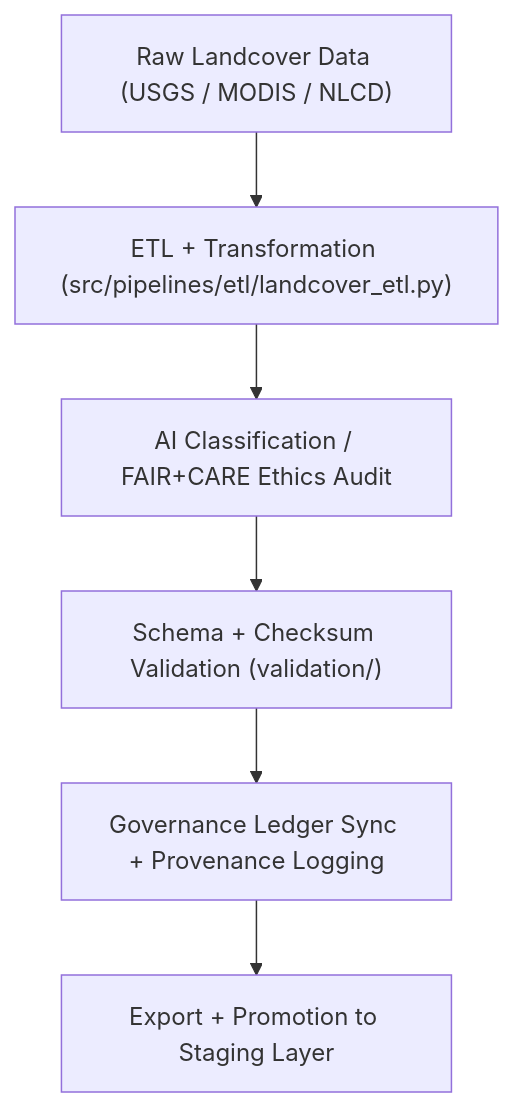
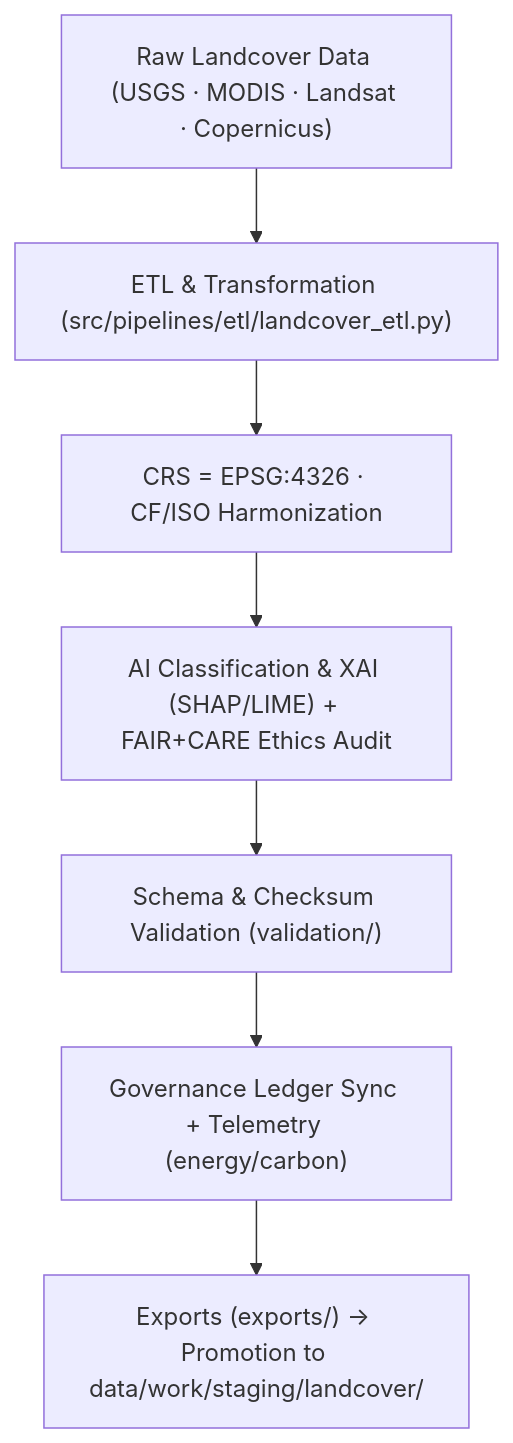
One commit to bartytime4life/Kansas-Frontier-Matrix changed the diagram in data/work/tmp/landcover/README.md. Above: the diagram before and after it, drawn with Mermaid. The commit also changed other lines of this file, not shown here.

````diff
--- a/data/work/tmp/landcover/README.md
+++ b/data/work/tmp/landcover/README.md
@@ -84,8 +89,9 @@
 ```mermaid
 flowchart TD
-    A["Raw Landcover Data (USGS / MODIS / NLCD)"] --> B["ETL + Transformation (src/pipelines/etl/landcover_etl.py)"]
-    B --> C["AI Classification / FAIR+CARE Ethics Audit"]
-    C --> D["Schema + Checksum Validation (validation/)"]
-    D --> E["Governance Ledger Sync + Provenance Logging"]
-    E --> F["Export + Promotion to Staging Layer"]
+    A["Raw Landcover Data (USGS · MODIS · Landsat · Copernicus)"] --> B["ETL & Transformation (src/pipelines/etl/landcover_etl.py)"]
+    B --> C["CRS = EPSG:4326 · CF/ISO Harmonization"]
+    C --> D["AI Classification & XAI (SHAP/LIME) + FAIR+CARE Ethics Audit"]
+    D --> E["Schema & Checksum Validation (validation/)"]
+    E --> F["Governance Ledger Sync + Telemetry (energy/carbon)"]
+    F --> G["Exports (exports/) → Promotion to data/work/staging/landcover/"]
 ```
````
